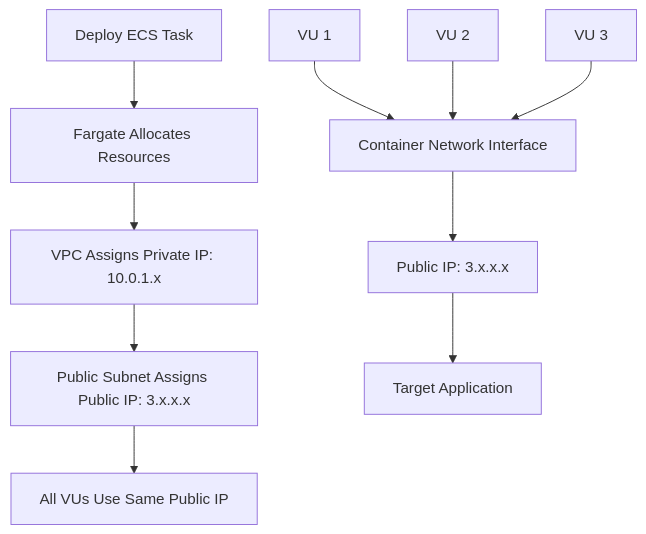
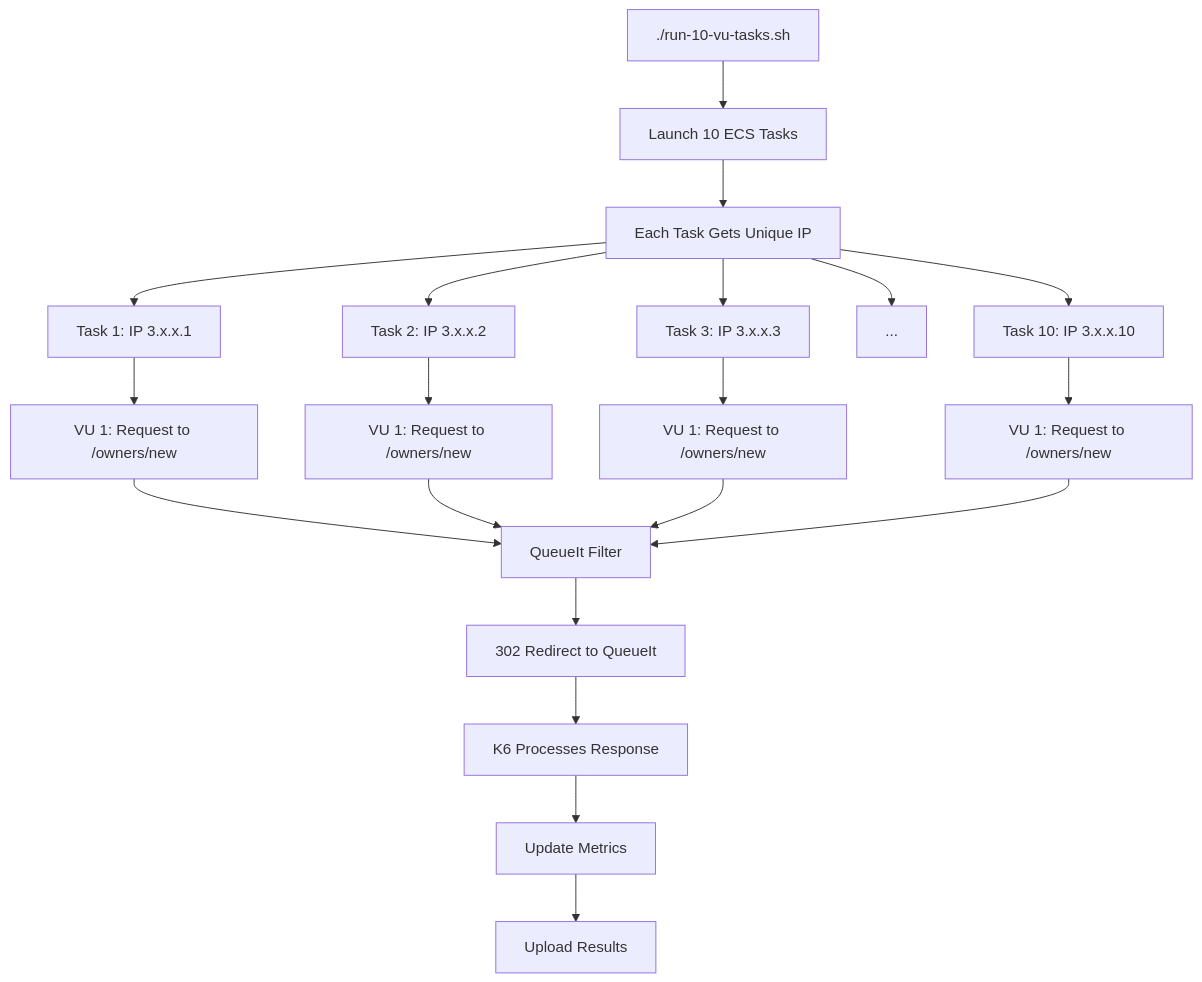
One commit to stprojects3006/aflow-app changed the fourth of 5 diagrams in testing-projects/iploads-with-k6-container/IP_ROTATION_DETAILED_GUIDE.md. Above: the diagram before and after it, drawn with Mermaid. The commit also changed other lines of this file and 39 other files, not shown here.

````diff
--- a/testing-projects/iploads-with-k6-container/IP_ROTATION_DETAILED_GUIDE.md
+++ b/testing-projects/iploads-with-k6-container/IP_ROTATION_DETAILED_GUIDE.md
@@ -124,13 +139,25 @@
 ```mermaid
 flowchart TD
-    A[Deploy ECS Task] --> B[Fargate Allocates Resources]
-    B --> C[VPC Assigns Private IP: 10.0.1.x]
-    C --> D[Public Subnet Assigns Public IP: 3.x.x.x]
-    D --> E[All VUs Use Same Public IP]
+    A[./run-10-vu-tasks.sh] --> B[Launch 10 ECS Tasks]
+    B --> C[Each Task Gets Unique IP]
+    C --> D[Task 1: IP 3.x.x.1]
+    C --> E[Task 2: IP 3.x.x.2]
+    C --> F[Task 3: IP 3.x.x.3]
+    C --> G[...]
+    C --> H[Task 10: IP 3.x.x.10]
     
-    F[VU 1] --> G[Container Network Interface]
-    H[VU 2] --> G
-    I[VU 3] --> G
-    G --> J[Public IP: 3.x.x.x]
-    J --> K[Target Application]
+    D --> I[VU 1: Request to /owners/new]
+    E --> J[VU 1: Request to /owners/new]
+    F --> K[VU 1: Request to /owners/new]
+    H --> L[VU 1: Request to /owners/new]
+    
+    I --> M[QueueIt Filter]
+    J --> M
+    K --> M
+    L --> M
+    
+    M --> N[302 Redirect to QueueIt]
+    N --> O[K6 Processes Response]
+    O --> P[Update Metrics]
+    P --> Q[Upload Results]
 ```
````
